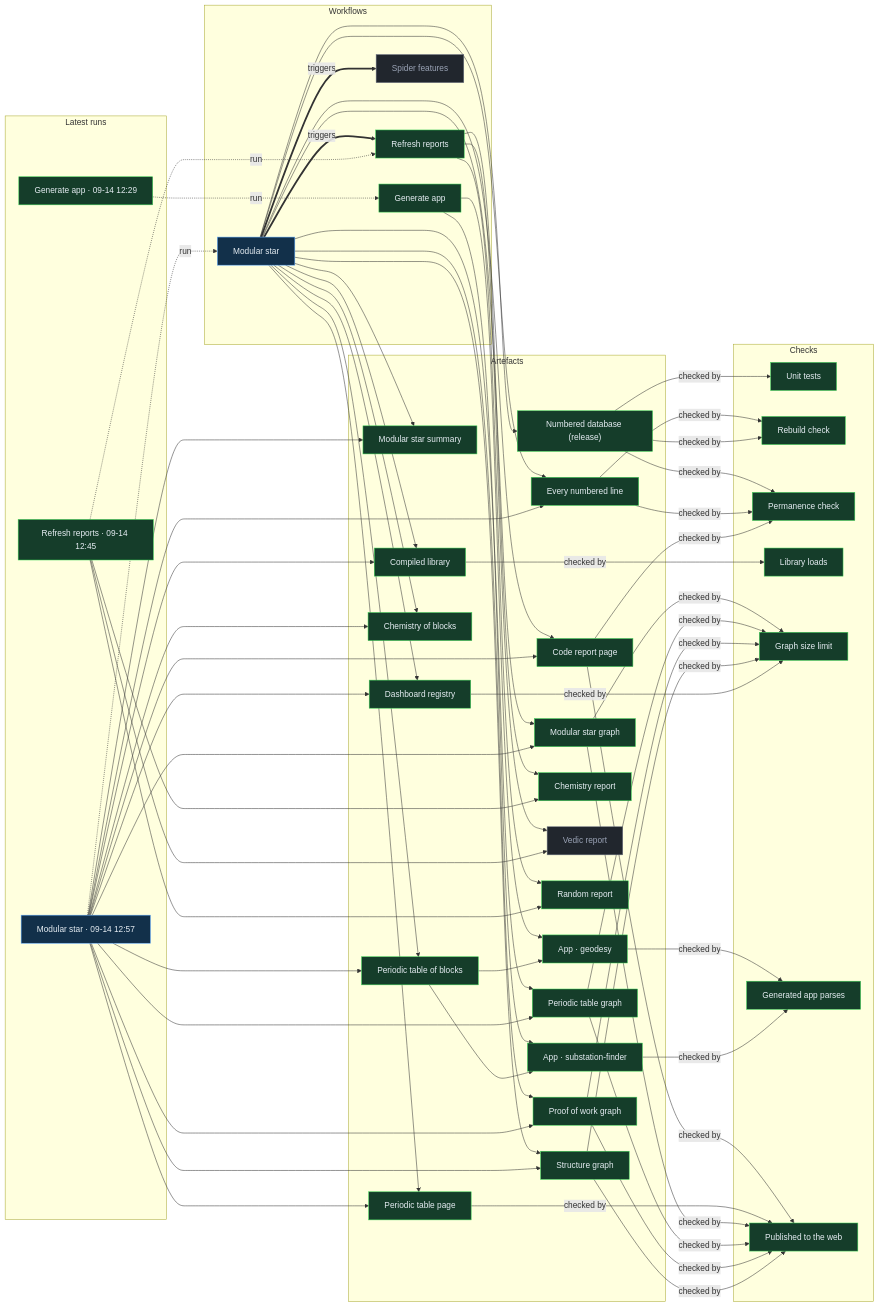
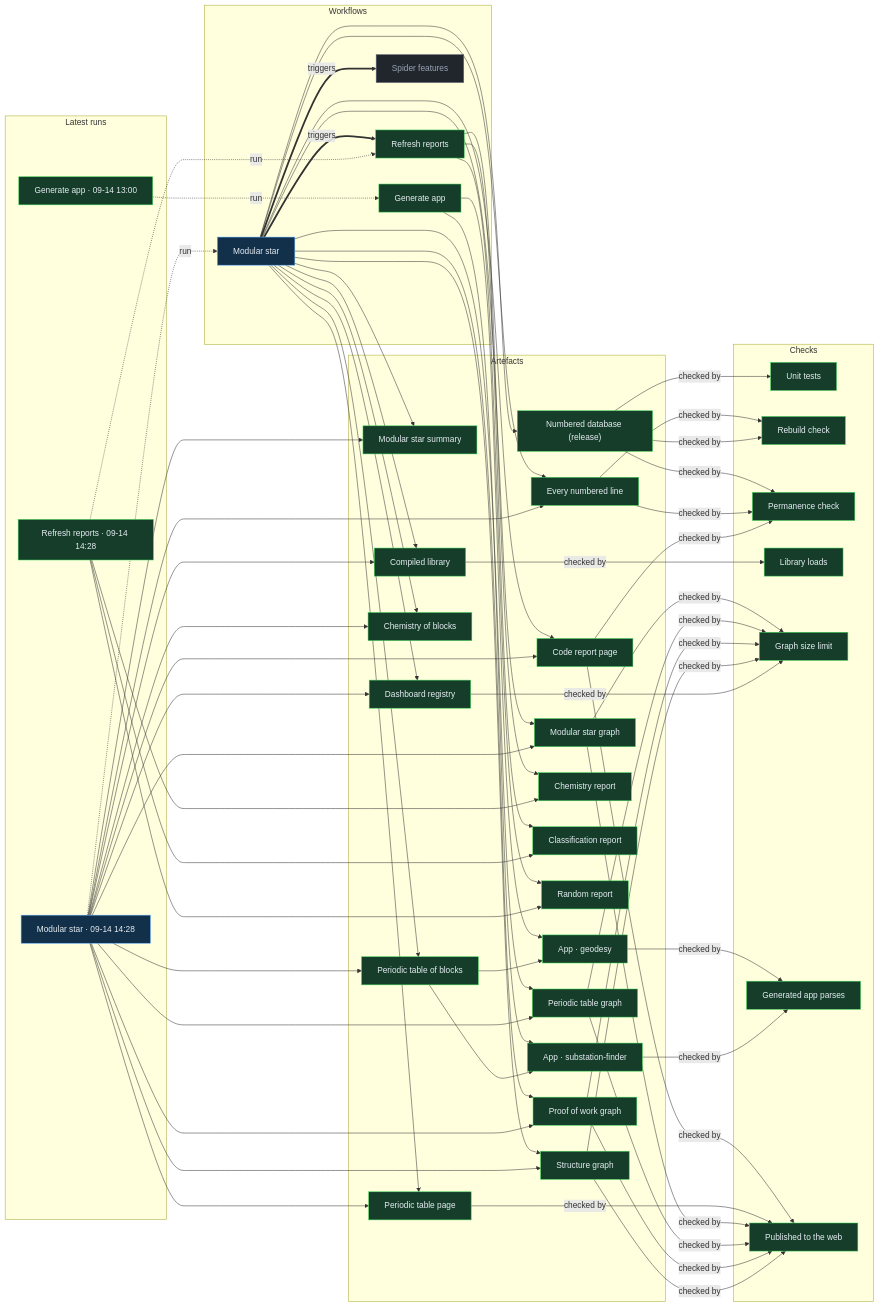
The diagram in proof/PROOF.md (Ventusltd/stars), drawn with Mermaid before and after one commit. The commit also changed other lines of this file and 148 other files, not shown here.

Commit message:
Modular star 2026-09-14T14:30Z

```diff
--- a/proof/PROOF.md
+++ b/proof/PROOF.md
@@ -24,9 +24,9 @@
   n_wf_spider_features["Spider features"]:::off
   end
   subgraph g_runs["Latest runs"]
-  n_run_34846267624["Modular star · 09-14 12:57"]:::live
-  n_run_34845193762["Refresh reports · 09-14 12:45"]:::ok
-  n_run_34843673781["Generate app · 09-14 12:29"]:::ok
+  n_run_34855846695["Modular star · 09-14 14:28"]:::live
+  n_run_34855843331["Refresh reports · 09-14 14:28"]:::ok
+  n_run_34846587798["Generate app · 09-14 13:00"]:::ok
   end
   subgraph g_artefacts["Artefacts"]
   n_art_summary["Modular star summary"]:::ok
@@ -42,7 +42,7 @@
   n_art_proof["Proof of work graph"]:::ok
   n_art_structure["Structure graph"]:::ok
   n_art_chemistry["Chemistry report"]:::ok
-  n_art_vedic["Vedic report"]:::off
+  n_art_vedic["Classification report"]:::ok
   n_art_random["Random report"]:::ok
   n_art_release["Numbered database (release)"]:::ok
   n_app_geodesy["App · geodesy"]:::ok
@@ -59,39 +59,39 @@
   end
   n_wf_modular_star == triggers ==> n_wf_refresh
   n_wf_modular_star == triggers ==> n_wf_spider_features
-  n_run_34846267624 -. run .-> n_wf_modular_star
-  n_run_34845193762 -. run .-> n_wf_refresh
-  n_run_34843673781 -. run .-> n_wf_generate
+  n_run_34855846695 -. run .-> n_wf_modular_star
+  n_run_34855843331 -. run .-> n_wf_refresh
+  n_run_34846587798 -. run .-> n_wf_generate
   n_wf_modular_star --> n_art_summary
-  n_run_34846267624 --> n_art_summary
+  n_run_34855846695 --> n_art_summary
   n_wf_modular_star --> n_art_lines
-  n_run_34846267624 --> n_art_lines
+  n_run_34855846695 --> n_art_lines
   n_wf_modular_star --> n_art_code
-  n_run_34846267624 --> n_art_code
+  n_run_34855846695 --> n_art_code
   n_wf_modular_star --> n_art_modular_graph
-  n_run_34846267624 --> n_art_modular_graph
+  n_run_34855846695 --> n_art_modular_graph
   n_wf_modular_star --> n_art_blocks
-  n_run_34846267624 --> n_art_blocks
+  n_run_34855846695 --> n_art_blocks
   n_wf_modular_star --> n_art_table
-  n_run_34846267624 --> n_art_table
+  n_run_34855846695 --> n_art_table
   n_wf_modular_star --> n_art_blocks_graph
-  n_run_34846267624 --> n_art_blocks_graph
+  n_run_34855846695 --> n_art_blocks_graph
   n_wf_modular_star --> n_art_reactions
-  n_run_34846267624 --> n_art_reactions
+  n_run_34855846695 --> n_art_reactions
   n_wf_modular_star --> n_art_library
-  n_run_34846267624 --> n_art_library
+  n_run_34855846695 --> n_art_library
   n_wf_modular_star --> n_art_features
-  n_run_34846267624 --> n_art_features
+  n_run_34855846695 --> n_art_features
   n_wf_modular_star --> n_art_proof
-  n_run_34846267624 --> n_art_proof
+  n_run_34855846695 --> n_art_proof
   n_wf_modular_star --> n_art_structure
-  n_run_34846267624 --> n_art_structure
+  n_run_34855846695 --> n_art_structure
   n_wf_refresh --> n_art_chemistry
-  n_run_34845193762 --> n_art_chemistry
+  n_run_34855843331 --> n_art_chemistry
   n_wf_refresh --> n_art_vedic
-  n_run_34845193762 --> n_art_vedic
+  n_run_34855843331 --> n_art_vedic
   n_wf_refresh --> n_art_random
-  n_run_34845193762 --> n_art_random
+  n_run_34855843331 --> n_art_random
   n_wf_modular_star --> n_art_release
   n_wf_generate --> n_app_geodesy
   n_art_blocks --> n_app_geodesy
```
